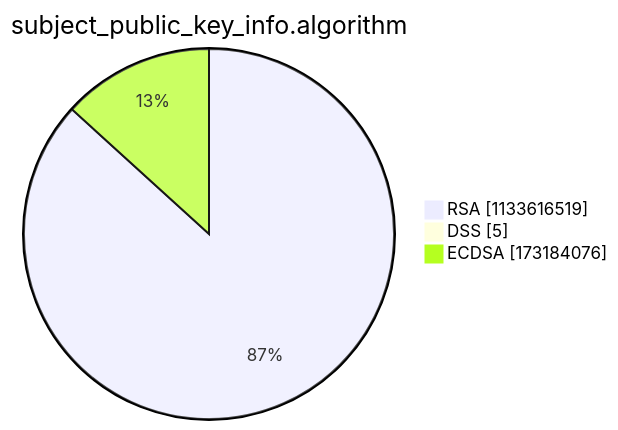
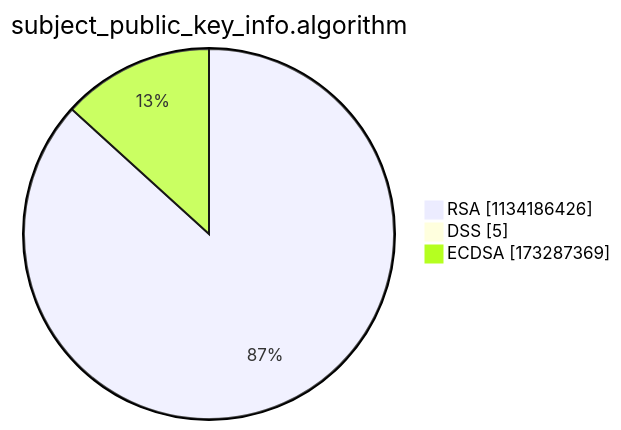
Before and after one commit to christiankrug/ctmonitor_visualization: the third of 15 diagrams in argon2022/README.md, drawn with Mermaid. The commit also changed other lines of this file, not shown here.

````diff
--- a/argon2022/README.md
+++ b/argon2022/README.md
@@ -14,7 +14,7 @@
 ```mermaid
 pie showData
 title subject_public_key_info.algorithm
-"RSA" :1133616519
+"RSA" :1134186426
 "DSS" :5
-"ECDSA" :173184076
+"ECDSA" :173287369
 ```
````
